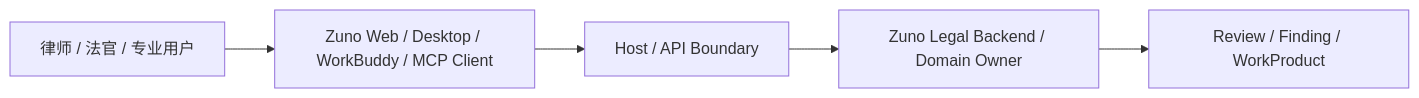
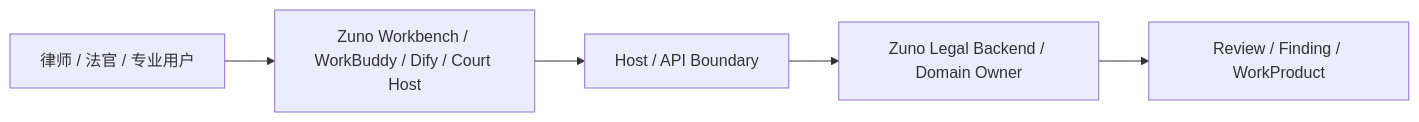
The first of 14 diagrams in docs/architecture/architecture-views.md (ProfessorZhi/Zuno), drawn with Mermaid before and after one commit. The commit also changed other lines of this file and 1 other file, not shown here.

Commit message:
docs: sharpen zuno domain agent product thesis

````diff
--- a/docs/architecture/architecture-views.md
+++ b/docs/architecture/architecture-views.md
@@ -29,7 +29,7 @@
 ```mermaid
 flowchart LR
-  USER[律师 / 法官 / 专业用户] --> SURFACE[Zuno Web / Desktop / WorkBuddy / MCP Client]
+  USER[律师 / 法官 / 专业用户] --> SURFACE[Zuno Workbench / WorkBuddy / Dify / Court Host]
   SURFACE --> EDGE[Host / API Boundary]
   EDGE --> DOMAIN[Zuno Legal Backend / Domain Owner]
   DOMAIN --> WORK[Review / Finding / WorkProduct]
 ```
````
